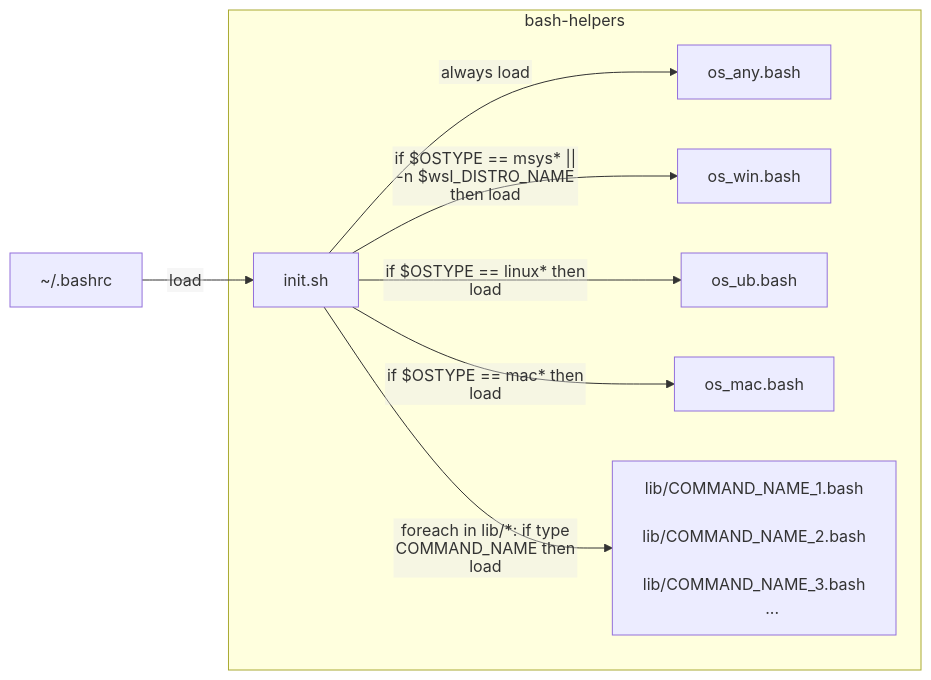
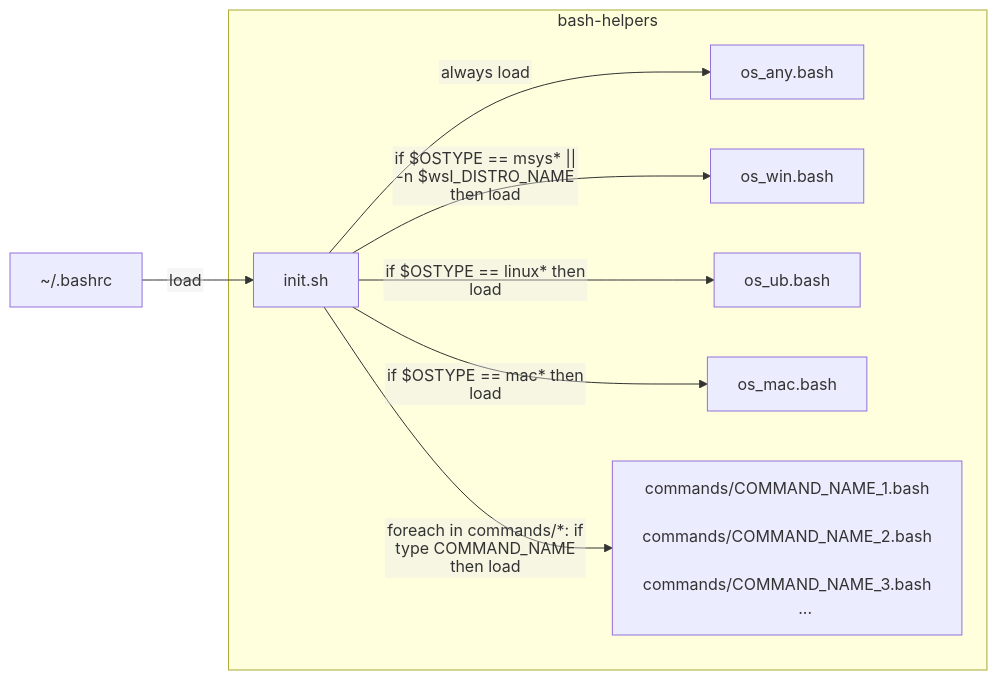
One commit to alanlivio/ps-sh-helpers changed the diagram in README.md. Above: the diagram before and after it, drawn with Mermaid. The commit also changed other lines of this file and 14 other files, not shown here.

Commit message:
rename lib to commands

````diff
--- a/README.md
+++ b/README.md
@@ -8,24 +8,24 @@
 ```mermaid
 %%{init: {"flowchart": {"htmlLabels": false}} }%%
 flowchart LR
     bashrc["~/.bashrc"]
     subgraph bash-helpers
     init["init.sh"]
     any["os_any.bash"]
     win["os_win.bash"]
     ubu["os_ub.bash"]
     mac["os_mac.bash"]
     command-dependent["
-        lib/COMMAND_NAME_1.bash
-        lib/COMMAND_NAME_2.bash
-        lib/COMMAND_NAME_3.bash
+        commands/COMMAND_NAME_1.bash
+        commands/COMMAND_NAME_2.bash
+        commands/COMMAND_NAME_3.bash
         ...
     "]
     end
     bashrc --> |"load"| init
     init --> |"always load"|any
     init --> |"if $OSTYPE == msys* || -n $wsl_DISTRO_NAME then load"|win
     init --> |"if $OSTYPE == linux* then load"|ubu
     init --> |"if $OSTYPE == mac* then load"|mac
-    init --> |"foreach in lib/*: if type COMMAND_NAME then load"|command-dependent
+    init --> |"foreach in commands/*: if type COMMAND_NAME then load"|command-dependent
 ```
````
